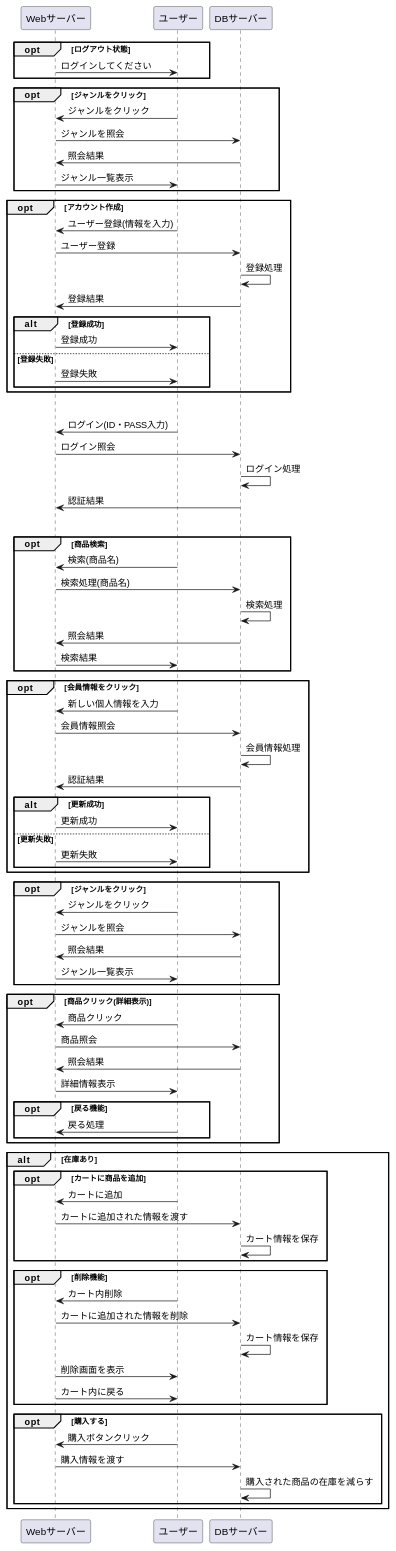
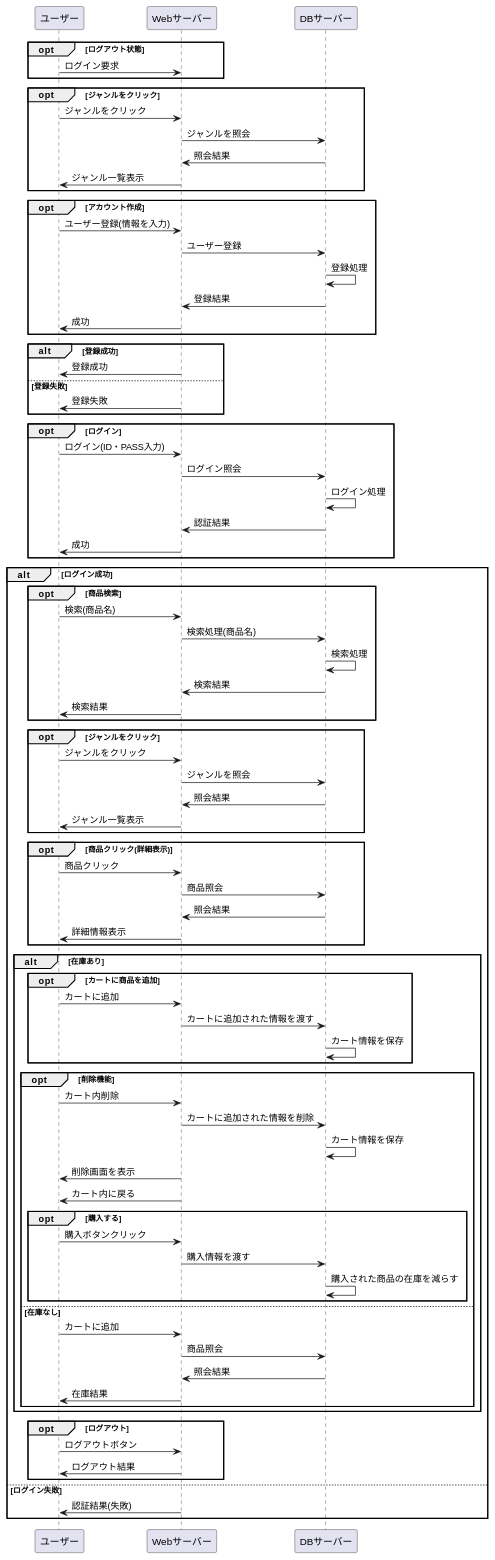
The diagram in stationary/業務フロー/flow_diagram.md (Aso2001154/2021sys-design), drawn with PlantUML before and after one commit.

````diff
--- a/stationary/業務フロー/flow_diagram.md
+++ b/stationary/業務フロー/flow_diagram.md
@@ -1,7 +1,7 @@
 ```uml
 @startuml
 opt ログアウト状態
-Webサーバー -> ユーザー : ログインしてください
+ユーザー -> Webサーバー : ログイン要求
 end
 
 opt ジャンルをクリック
@@ -16,6 +16,8 @@
 Webサーバー -> DBサーバー : ユーザー登録
 DBサーバー -> DBサーバー : 登録処理
 DBサーバー -> Webサーバー : 登録結果
+Webサーバー -> ユーザー : 成功
+end
 
 alt 登録成功
 Webサーバー -> ユーザー : 登録成功
@@ -23,14 +25,14 @@
 else 登録失敗
 Webサーバー -> ユーザー : 登録失敗
 end
-end
 
 opt ログイン
 ユーザー -> Webサーバー : ログイン(ID・PASS入力)
 Webサーバー -> DBサーバー : ログイン照会
 DBサーバー -> DBサーバー : ログイン処理
 DBサーバー -> Webサーバー : 認証結果
-
+Webサーバー -> ユーザー : 成功
+end
 
 alt ログイン成功
 
@@ -38,20 +40,8 @@
 ユーザー -> Webサーバー : 検索(商品名)
 Webサーバー -> DBサーバー : 検索処理(商品名)
 DBサーバー -> DBサーバー : 検索処理
-DBサーバー -> Webサーバー : 照会結果
+DBサーバー -> Webサーバー : 検索結果
 Webサーバー -> ユーザー : 検索結果
-end
-
-opt 会員情報をクリック
-ユーザー -> Webサーバー : 新しい個人情報を入力
-Webサーバー -> DBサーバー : 会員情報照会
-DBサーバー -> DBサーバー : 会員情報処理
-DBサーバー -> Webサーバー : 認証結果
-alt 更新成功
-Webサーバー -> ユーザー : 更新成功
-else 更新失敗
-Webサーバー -> ユーザー : 更新失敗
-end
 end
 
 opt ジャンルをクリック
@@ -66,10 +56,6 @@
 Webサーバー -> DBサーバー : 商品照会
 DBサーバー -> Webサーバー : 照会結果
 Webサーバー -> ユーザー : 詳細情報表示
-
-opt 戻る機能
-ユーザー -> Webサーバー : 戻る処理
-end
 end
 
 alt 在庫あり
@@ -85,7 +71,7 @@
 DBサーバー -> DBサーバー : カート情報を保存
 Webサーバー -> ユーザー : 削除画面を表示
 Webサーバー -> ユーザー : カート内に戻る
-end
+
 
 opt 購入する
 ユーザー -> Webサーバー : 購入ボタンクリック
@@ -93,7 +79,21 @@
 DBサーバー -> DBサーバー : 購入された商品の在庫を減らす
 end 
 
+else 在庫なし
+ユーザー -> Webサーバー : カートに追加
+Webサーバー -> DBサーバー : 商品照会
+DBサーバー -> Webサーバー : 照会結果
+Webサーバー -> ユーザー : 在庫結果
+end
+end
 
+opt ログアウト
+ユーザー -> Webサーバー : ログアウトボタン
+Webサーバー -> ユーザー: ログアウト結果
+end
+
+else ログイン失敗
+Webサーバー -> ユーザー : 認証結果(失敗)
 end
 
 
````
